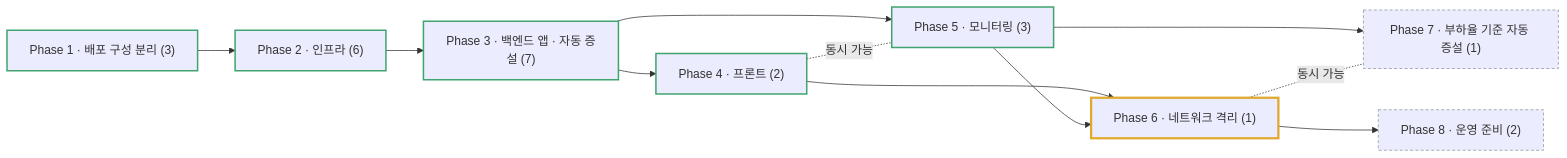
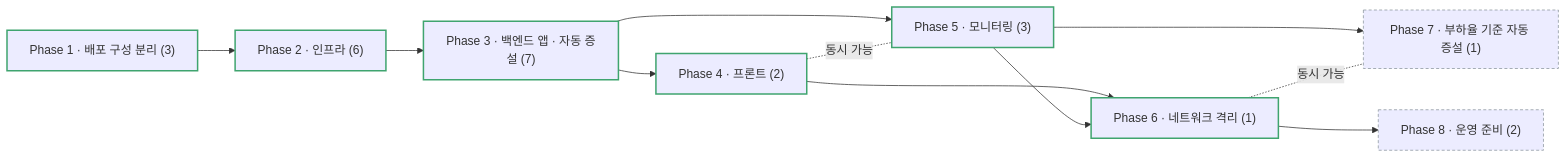
Before and after one commit to HaSungJe/deskless: the diagram in .beaver/output/roadmap/k8s-roadmap.md, drawn with Mermaid. The commit also changed other lines of this file and 2 other files, not shown here.

````diff
--- a/.beaver/output/roadmap/k8s-roadmap.md
+++ b/.beaver/output/roadmap/k8s-roadmap.md
@@ -9,16 +9,16 @@
 ```mermaid
 flowchart LR
   P1["Phase 1 · 배포 구성 분리 (3)"]:::done --> P2["Phase 2 · 인프라 (6)"]:::done
   P2 --> P3["Phase 3 · 백엔드 앱 · 자동 증설 (7)"]:::done
   P3 --> P4["Phase 4 · 프론트 (2)"]:::done
   P3 --> P5["Phase 5 · 모니터링 (3)"]:::done
   P4 -. 동시 가능 .- P5
-  P4 --> P6["Phase 6 · 네트워크 격리 (1)"]:::inprog
+  P4 --> P6["Phase 6 · 네트워크 격리 (1)"]:::done
   P5 --> P6
   P5 --> P7["Phase 7 · 부하율 기준 자동 증설 (1)"]:::todo
   P6 -. 동시 가능 .- P7
   P6 --> P8["Phase 8 · 운영 준비 (2)"]:::todo
   classDef done stroke:#3fa46f,stroke-width:2px
   classDef inprog stroke:#e0a82e,stroke-width:3px
   classDef todo stroke:#8a949c,stroke-width:1px,stroke-dasharray:4 3
 ```
````
